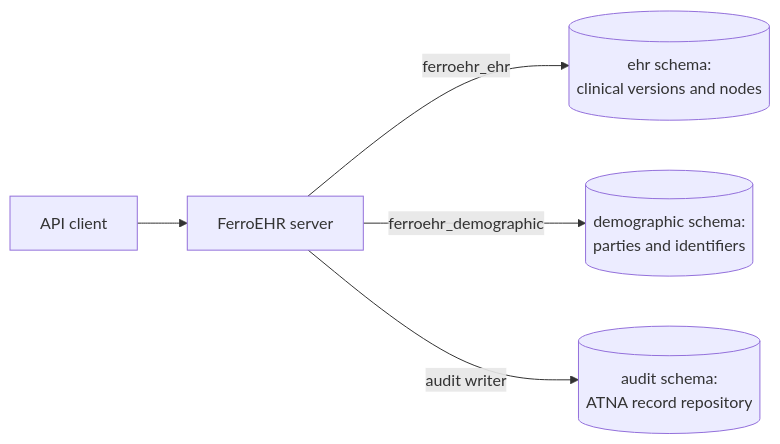
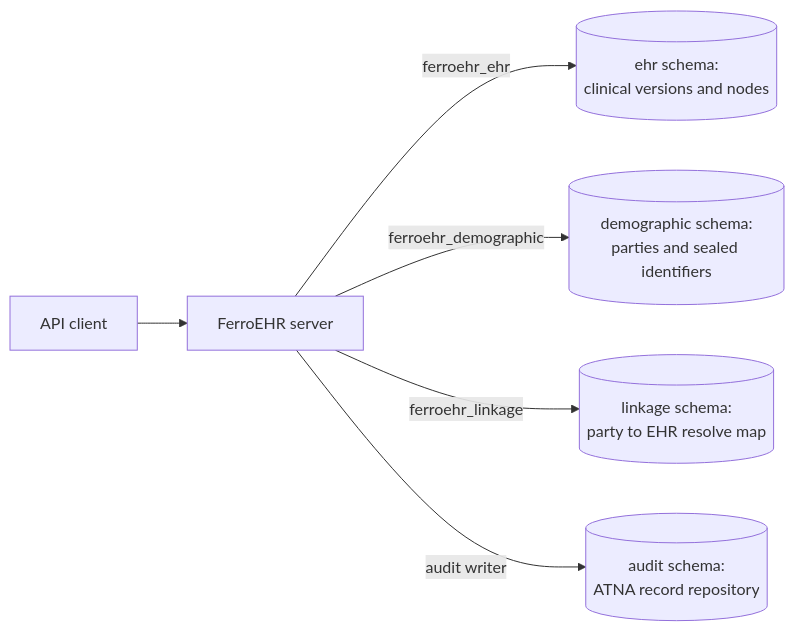
One commit to rubentalstra/FerroEHR changed the diagram in website/book/src/compliance/index.md. Above: the diagram before and after it, drawn with Mermaid. The commit also changed other lines of this file and 19 other files, not shown here.

First line of the commit message:
docs(compliance): the boundary in the threat model and architecture, the DPIA pages, the least-privilege audit, and the priority-category decision (#3269)

````diff
--- a/website/book/src/compliance/index.md
+++ b/website/book/src/compliance/index.md
@@ -109,7 +114,8 @@
 ```mermaid
 flowchart LR
     client["API client"] --> server["FerroEHR server"]
     server -->|ferroehr_ehr| ehr[("ehr schema:<br/>clinical versions and nodes")]
-    server -->|ferroehr_demographic| demo[("demographic schema:<br/>parties and identifiers")]
+    server -->|ferroehr_demographic| demo[("demographic schema:<br/>parties and sealed identifiers")]
+    server -->|ferroehr_linkage| link[("linkage schema:<br/>party to EHR resolve map")]
     server -->|audit writer| audit[("audit schema:<br/>ATNA record repository")]
 ```
````
